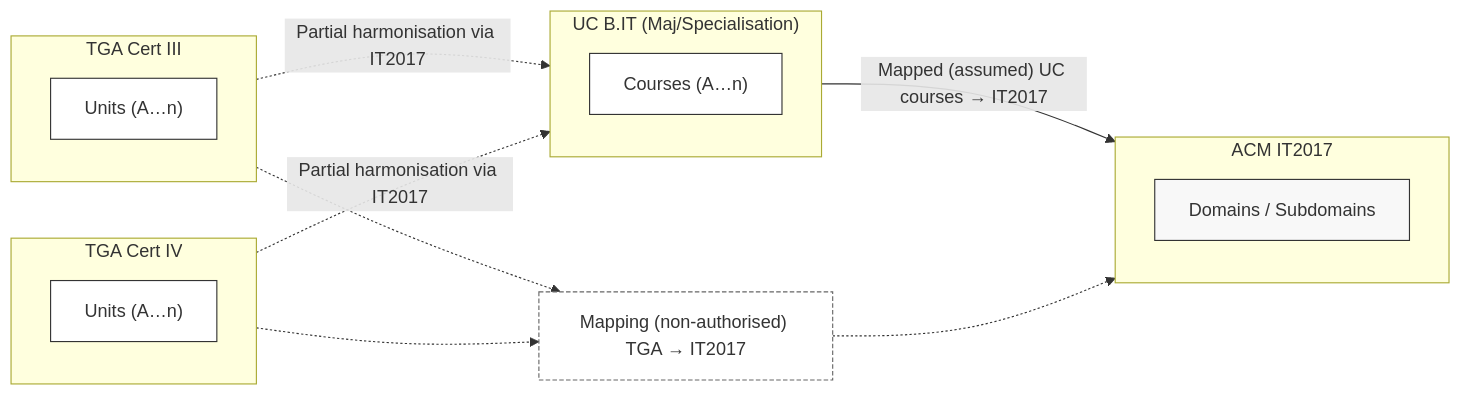
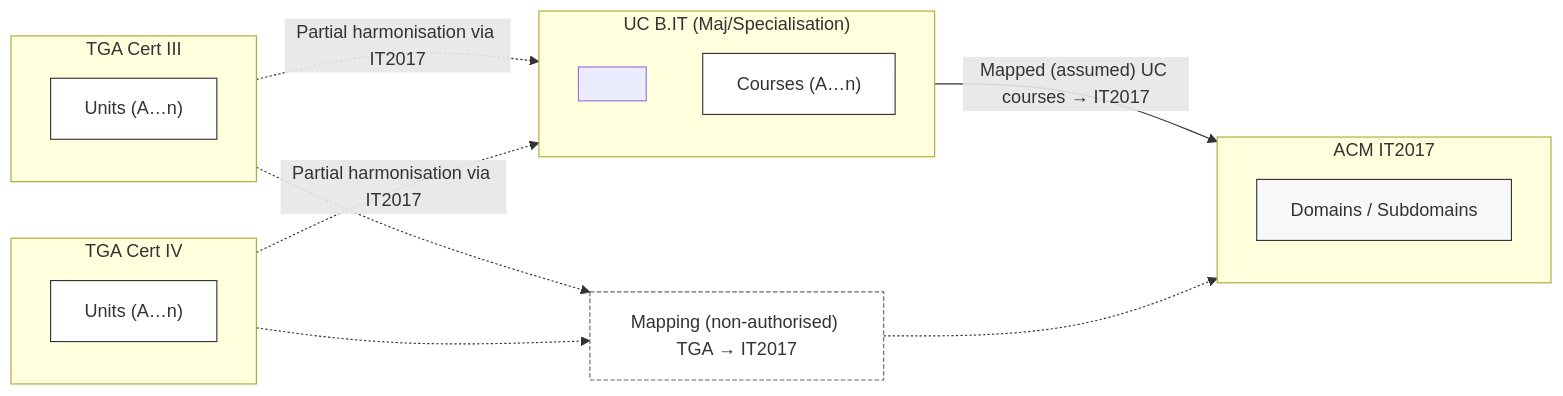
Before and after one commit to leskneebone/skills-SPARQL: the second of 3 diagrams in reports/creditTransferModels.md, drawn with Mermaid.

````diff
--- a/reports/creditTransferModels.md
+++ b/reports/creditTransferModels.md
@@ -41,40 +41,41 @@
 ```mermaid
 flowchart LR
   %% Diagram 2 — attempt mapping via IT2017 (helps HE more than VET)
 
   subgraph CertIII["TGA Cert III"]
     C3["Units (A…n)"]:::unit
   end
 
   subgraph CertIV["TGA Cert IV"]
     C4["Units (A…n)"]:::unit
   end
 
   subgraph UCBIT["UC B.IT (Maj/Specialisation)"]
+    spacer[" "]:::spacer
     UC["Courses (A…n)"]:::unit
   end
 
   subgraph IT2017["ACM IT2017"]
     KA["Domains / Subdomains"]:::scheme
   end
 
   %% HE aligns (assumed mapping)
   UCBIT -- "Mapped (assumed) UC courses → IT2017" --> IT2017
 
   %% VET: possible mapping, with no explicit IT2017 mapping
 VetITMap["Mapping (non-authorised) TGA → IT2017"]:::mapping
 
 CertIII -.-> VetITMap
 CertIV  -.-> VetITMap
 VetITMap -.-> IT2017
 
 
   %% therefore crosswalk is still partial/uneven
   CertIII -. "Partial harmonisation via IT2017" .-> UCBIT
   CertIV  -. "Partial harmonisation via IT2017" .-> UCBIT
 
   classDef unit fill:#fff,stroke:#333,stroke-width:1px;
   classDef scheme fill:#f8f8f8,stroke:#333,stroke-width:1px;
   classDef mapping fill:#fff,stroke:#666,stroke-dasharray: 4 2;
 
 ```
````
